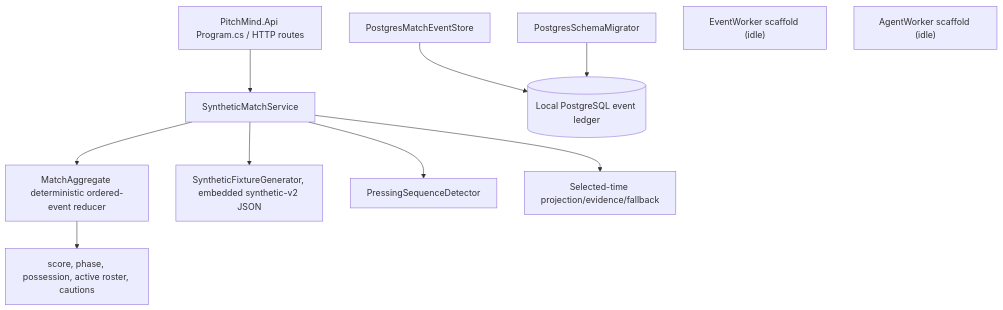
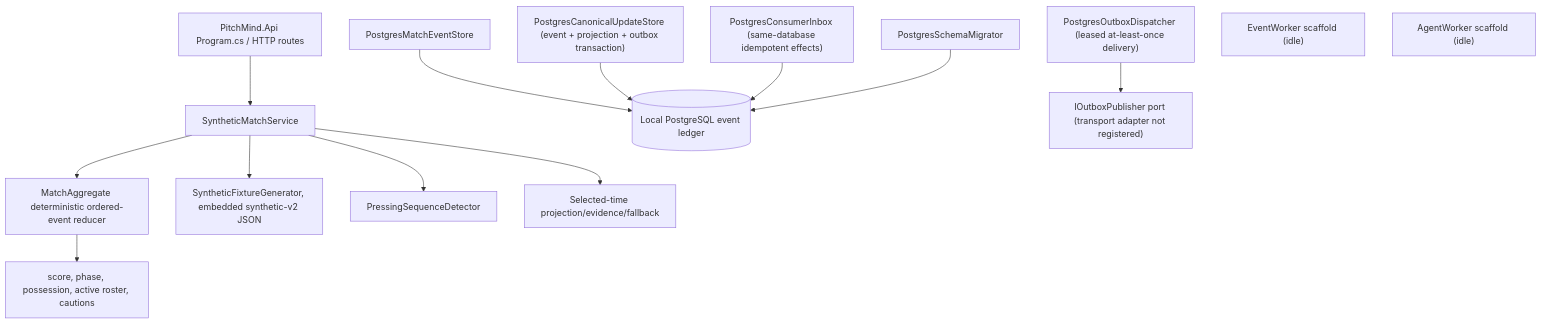
The first of 2 diagrams in docs/architecture/03-components.md (prateekgangopadhyay/PitchMind), drawn with Mermaid before and after one commit. The commit also changed other lines of this file and 12 other files, not shown here.

Commit message:
feat(storage): add transactional outbox and inbox

````diff
--- a/docs/architecture/03-components.md
+++ b/docs/architecture/03-components.md
@@ -9,13 +9,16 @@
 ```mermaid
 flowchart TB
   API["PitchMind.Api Program.cs / HTTP routes"] --> Match["SyntheticMatchService"]
   Match --> Aggregate["MatchAggregate deterministic ordered-event reducer"]
   Aggregate --> State["score, phase, possession, active roster, cautions"]
   Match --> Fixture["SyntheticFixtureGenerator, embedded synthetic-v2 JSON"]
   Match --> Press["PressingSequenceDetector"]
   Match --> Replay["Selected-time projection/evidence/fallback"]
   Ledger["PostgresMatchEventStore"] --> DB[("Local PostgreSQL event ledger")]
+  CanonicalWrite["PostgresCanonicalUpdateStore (event + projection + outbox transaction)"] --> DB
+  Dispatcher["PostgresOutboxDispatcher (leased at-least-once delivery)"] --> Publisher["IOutboxPublisher port (transport adapter not registered)"]
+  Inbox["PostgresConsumerInbox (same-database idempotent effects)"] --> DB
   Migrator["PostgresSchemaMigrator"] --> DB
   EventWorker["EventWorker scaffold (idle)"]
   AgentWorker["AgentWorker scaffold (idle)"]
 ```
````
